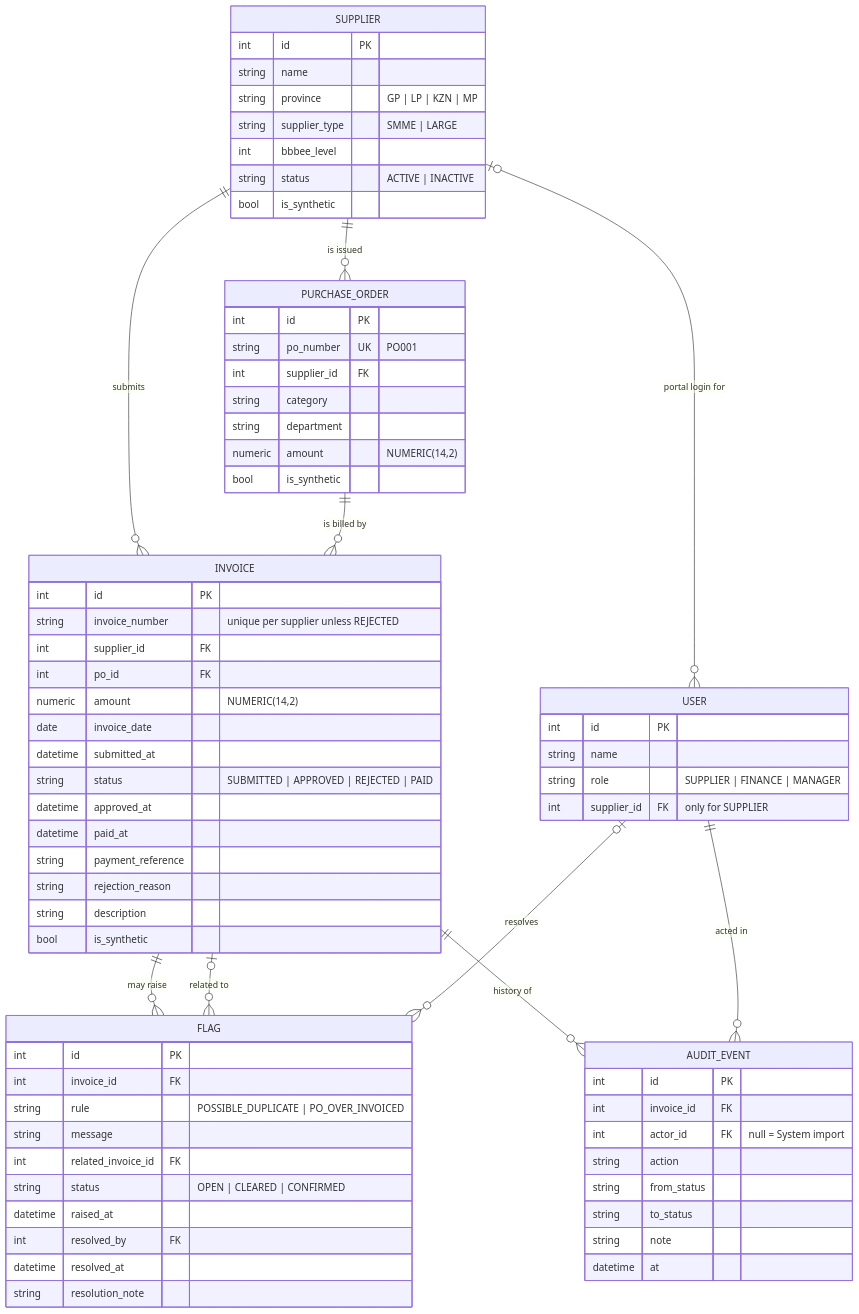
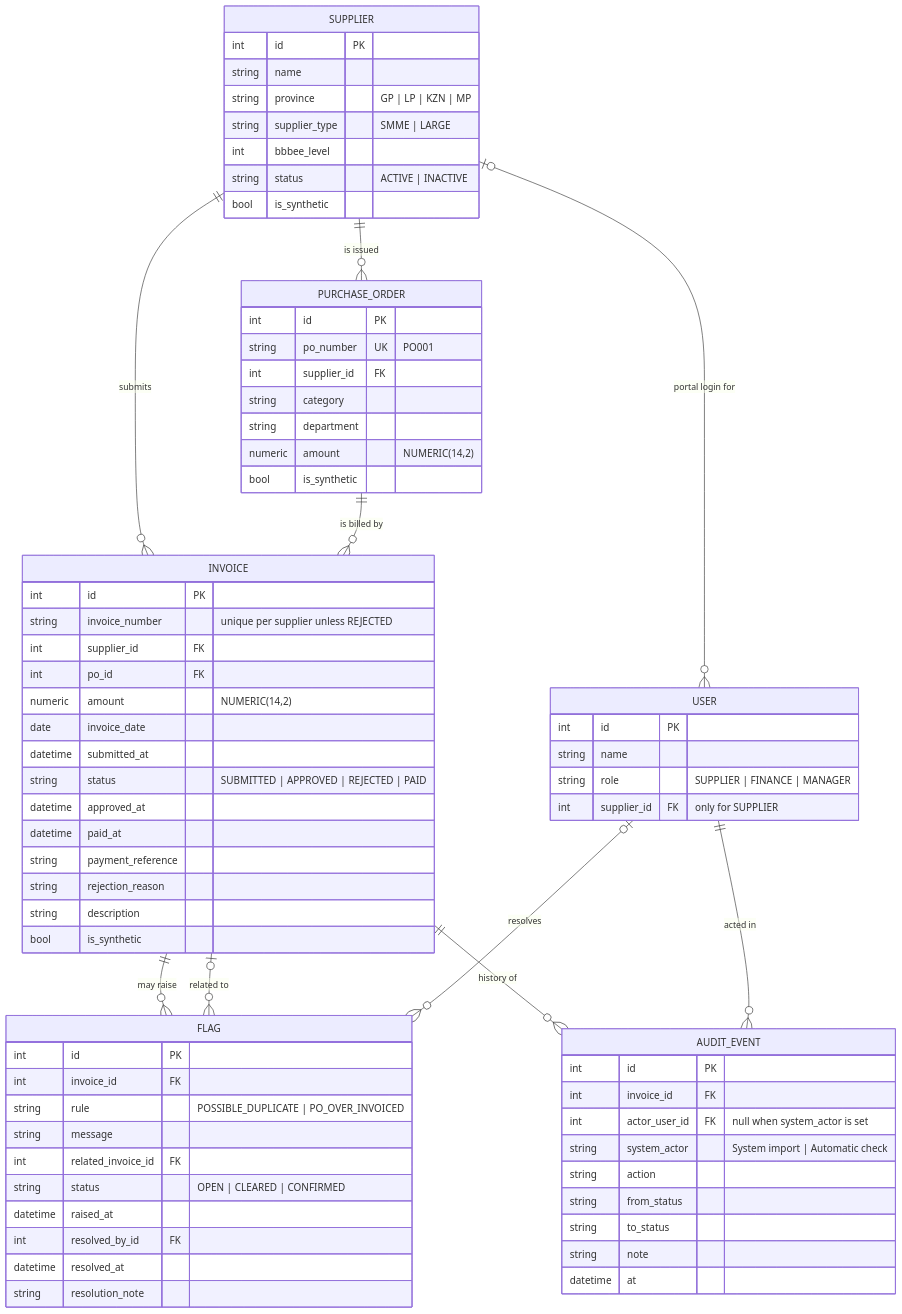
The second of 4 diagrams in docs/architecture.md (2Ntlaks/blinkhub-invoice-tracking), drawn with Mermaid before and after one commit.

Commit message:
docs(architecture): ERD column names match models.py (actor_user_id, system_actor, resolved_by_id)

````diff
--- a/docs/architecture.md
+++ b/docs/architecture.md
@@ -38,75 +38,76 @@
 ```mermaid
 erDiagram
     SUPPLIER ||--o{ PURCHASE_ORDER : "is issued"
     SUPPLIER ||--o{ INVOICE : submits
     SUPPLIER |o--o{ USER : "portal login for"
     PURCHASE_ORDER ||--o{ INVOICE : "is billed by"
     INVOICE ||--o{ FLAG : "may raise"
     INVOICE ||--o{ AUDIT_EVENT : "history of"
     INVOICE |o--o{ FLAG : "related to"
     USER ||--o{ AUDIT_EVENT : "acted in"
     USER |o--o{ FLAG : resolves
 
     SUPPLIER {
         int id PK
         string name
         string province "GP | LP | KZN | MP"
         string supplier_type "SMME | LARGE"
         int bbbee_level
         string status "ACTIVE | INACTIVE"
         bool is_synthetic
     }
     PURCHASE_ORDER {
         int id PK
         string po_number UK "PO001"
         int supplier_id FK
         string category
         string department
         numeric amount "NUMERIC(14,2)"
         bool is_synthetic
     }
     INVOICE {
         int id PK
         string invoice_number "unique per supplier unless REJECTED"
         int supplier_id FK
         int po_id FK
         numeric amount "NUMERIC(14,2)"
         date invoice_date
         datetime submitted_at
         string status "SUBMITTED | APPROVED | REJECTED | PAID"
         datetime approved_at
         datetime paid_at
         string payment_reference
         string rejection_reason
         string description
         bool is_synthetic
     }
     FLAG {
         int id PK
         int invoice_id FK
         string rule "POSSIBLE_DUPLICATE | PO_OVER_INVOICED"
         string message
         int related_invoice_id FK
         string status "OPEN | CLEARED | CONFIRMED"
         datetime raised_at
-        int resolved_by FK
+        int resolved_by_id FK
         datetime resolved_at
         string resolution_note
     }
     AUDIT_EVENT {
         int id PK
         int invoice_id FK
-        int actor_id FK "null = System import"
+        int actor_user_id FK "null when system_actor is set"
+        string system_actor "System import | Automatic check"
         string action
         string from_status
         string to_status
         string note
         datetime at
     }
     USER {
         int id PK
         string name
         string role "SUPPLIER | FINANCE | MANAGER"
         int supplier_id FK "only for SUPPLIER"
     }
 ```
````
